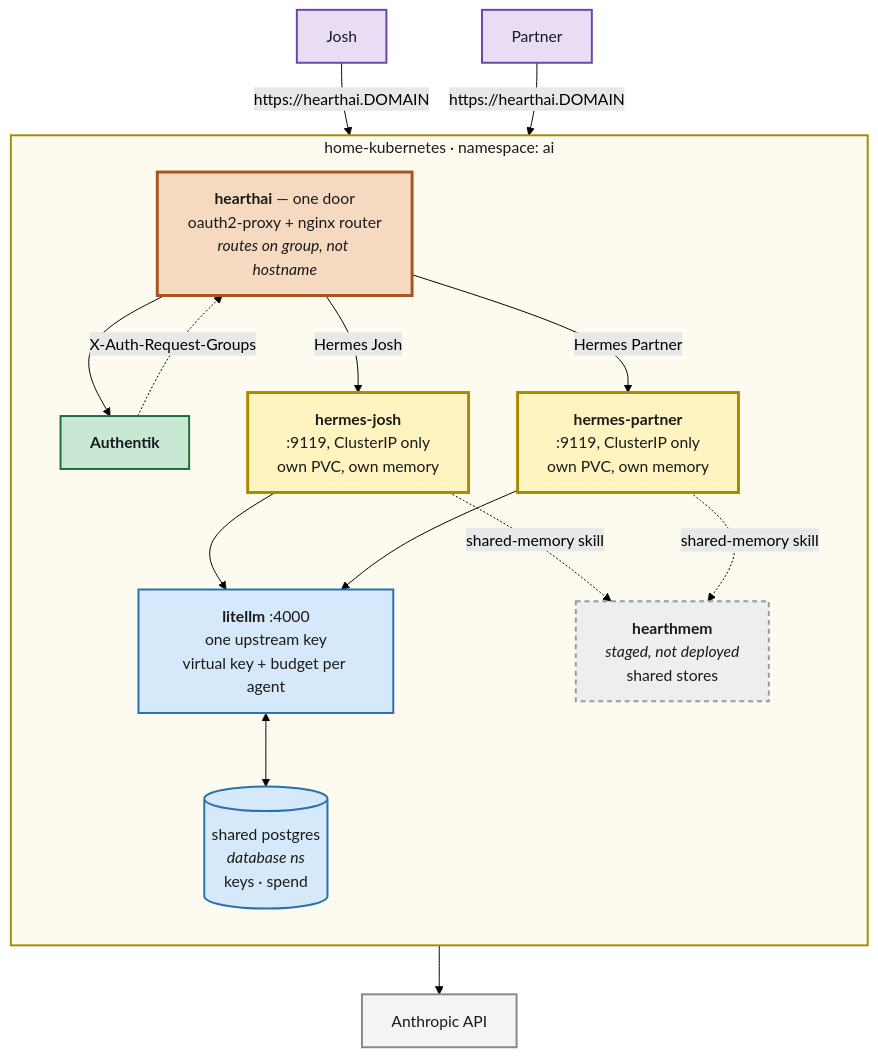
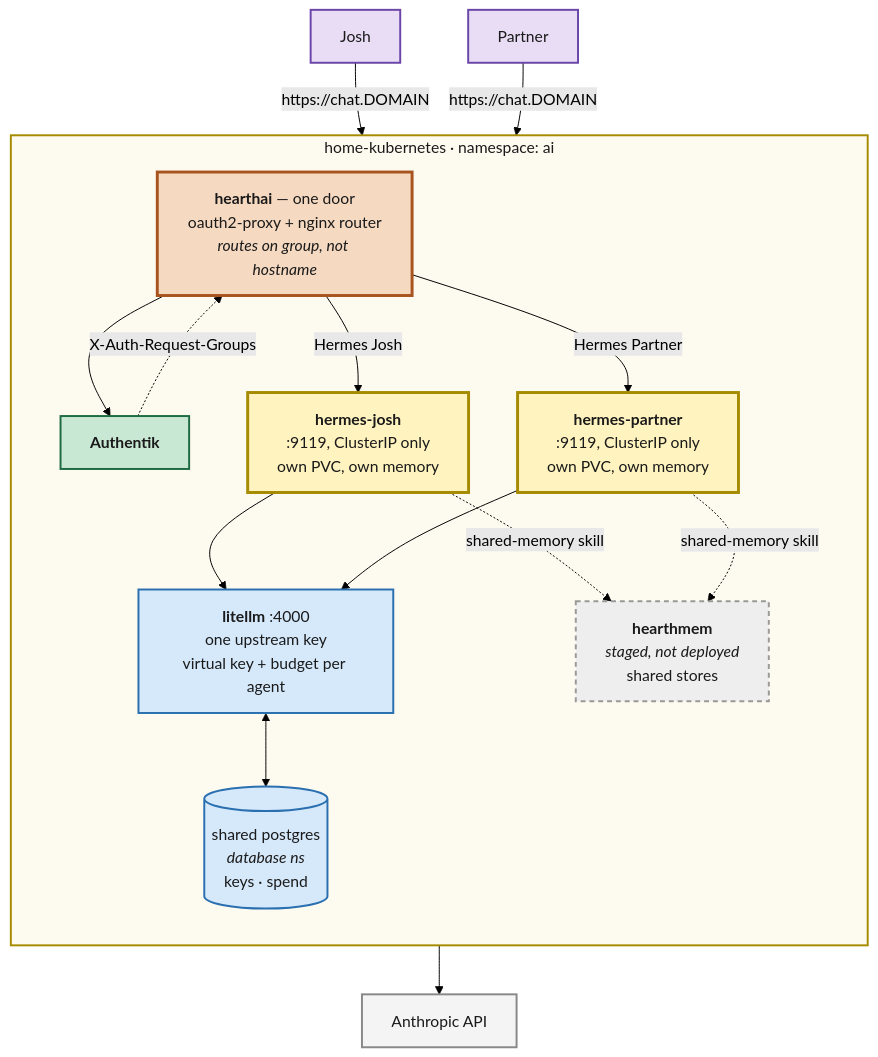
One commit to jokajak/home-ops changed the diagram in docs/plans/2026-08-24-hermes-household-agents.md. Above: the diagram before and after it, drawn with Mermaid (forest theme). The commit also changed other lines of this file and 8 other files, not shown here.

````diff
--- a/docs/plans/2026-08-24-hermes-household-agents.md
+++ b/docs/plans/2026-08-24-hermes-household-agents.md
@@ -28,39 +28,39 @@
 ```mermaid
 flowchart TB
     J["Josh"]:::person
     P["Partner"]:::person
 
     subgraph CLUSTER["home-kubernetes · namespace: ai"]
         direction TB
         DOOR["<b>hearthai</b> — one door<br/>oauth2-proxy + nginx router<br/><i>routes on group, not hostname</i>"]:::door
         AUTH["<b>Authentik</b>"]:::auth
         HJ["<b>hermes-josh</b><br/>:9119, ClusterIP only<br/>own PVC, own memory"]:::agent
         HP["<b>hermes-partner</b><br/>:9119, ClusterIP only<br/>own PVC, own memory"]:::agent
         LL["<b>litellm</b> :4000<br/>one upstream key<br/>virtual key + budget per agent"]:::infra
         DB[("shared postgres<br/><i>database ns</i><br/>keys · spend")]:::infra
         HM["<b>hearthmem</b><br/><i>staged, not deployed</i><br/>shared stores"]:::staged
     end
 
     ANTH["Anthropic API"]:::ext
 
-    J & P -->|"https://hearthai.DOMAIN"| DOOR
+    J & P -->|"https://chat.DOMAIN"| DOOR
     DOOR --> AUTH
     AUTH -.->|"X-Auth-Request-Groups"| DOOR
     DOOR -->|"Hermes Josh"| HJ
     DOOR -->|"Hermes Partner"| HP
     HJ --> LL
     HP --> LL
     LL <--> DB
     LL --> ANTH
     HJ -. "shared-memory skill" .-> HM
     HP -. "shared-memory skill" .-> HM
 
     classDef person fill:#e8ddf5,stroke:#6b46a8,stroke-width:2px,color:#1a1a1a
     classDef agent fill:#fff3bf,stroke:#a68b00,stroke-width:3px,color:#1a1a1a
     classDef infra fill:#d6e9fb,stroke:#2a6fb0,stroke-width:2px,color:#1a1a1a
     classDef door fill:#f5d9c0,stroke:#a8541f,stroke-width:3px,color:#1a1a1a
     classDef auth fill:#c9e8d4,stroke:#1f6b41,stroke-width:2px,color:#1a1a1a
     classDef staged fill:#eeeeee,stroke:#999999,stroke-width:2px,stroke-dasharray:5 4,color:#1a1a1a
     classDef ext fill:#f4f4f4,stroke:#888888,stroke-width:2px,color:#1a1a1a
     style CLUSTER fill:#fdfaf0,stroke:#a68b00,stroke-width:2px,color:#1a1a1a
 ```
````
